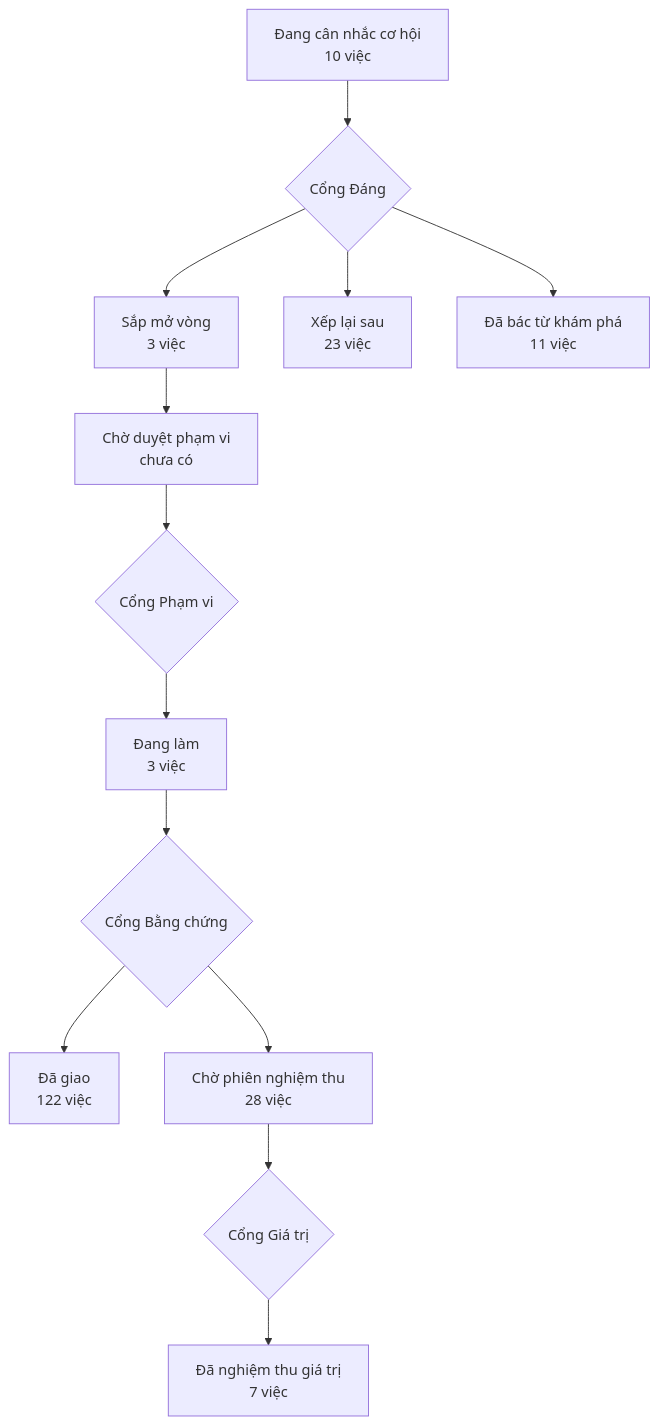
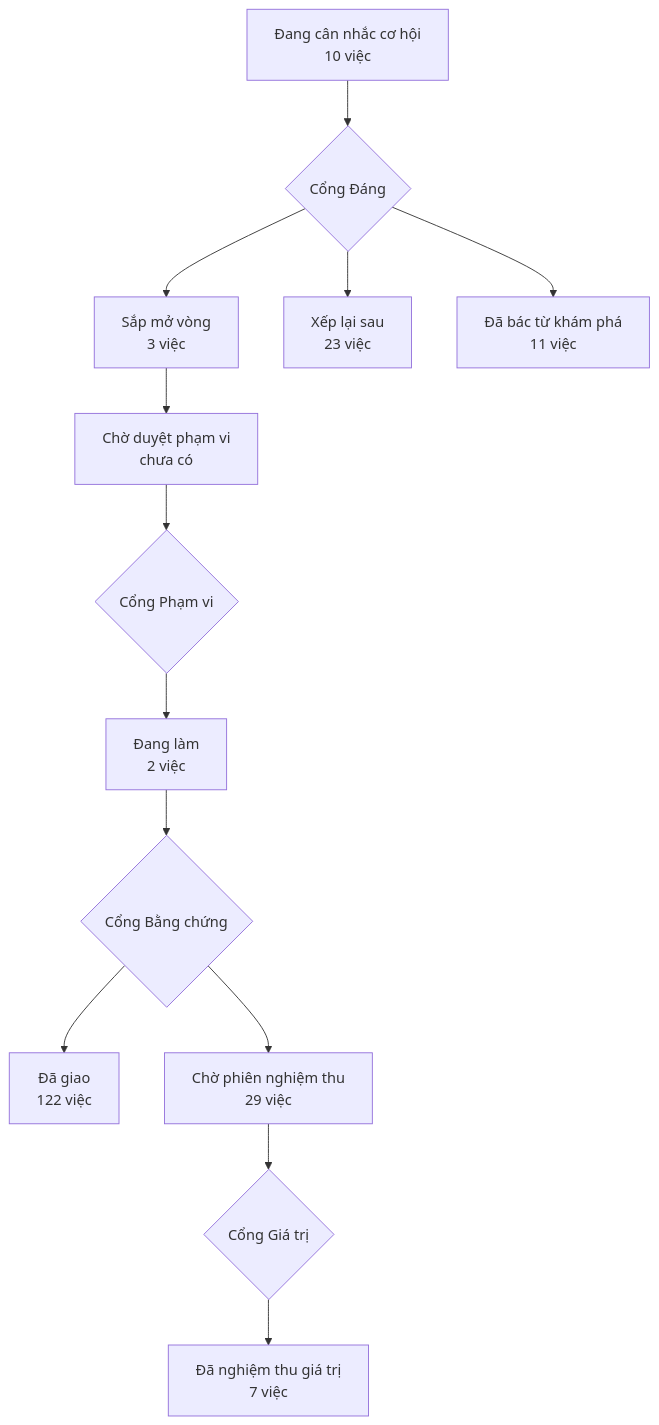
One commit to phanlemanh/acceptance-gate-kit changed the diagram in PRODUCT-MAP.md. Above: the diagram before and after it, drawn with Mermaid. The commit also changed 7 other files, not shown here.

````diff
--- a/PRODUCT-MAP.md
+++ b/PRODUCT-MAP.md
@@ -7,12 +7,12 @@
 ```mermaid
 flowchart TD
   A["Đang cân nhắc cơ hội<br/>10 việc"] --> GD{"Cổng Đáng"}
   GD --> B["Sắp mở vòng<br/>3 việc"]
   GD --> XL["Xếp lại sau<br/>23 việc"]
   GD --> DB["Đã bác từ khám phá<br/>11 việc"]
   B --> CD["Chờ duyệt phạm vi<br/>chưa có"] --> GP{"Cổng Phạm vi"}
-  GP --> DL["Đang làm<br/>3 việc"] --> GB{"Cổng Bằng chứng"}
+  GP --> DL["Đang làm<br/>2 việc"] --> GB{"Cổng Bằng chứng"}
   GB --> DG["Đã giao<br/>122 việc"]
-  GB --> CN["Chờ phiên nghiệm thu<br/>28 việc"] --> GG{"Cổng Giá trị"}
+  GB --> CN["Chờ phiên nghiệm thu<br/>29 việc"] --> GG{"Cổng Giá trị"}
   GG --> NT["Đã nghiệm thu giá trị<br/>7 việc"]
 ```
````
